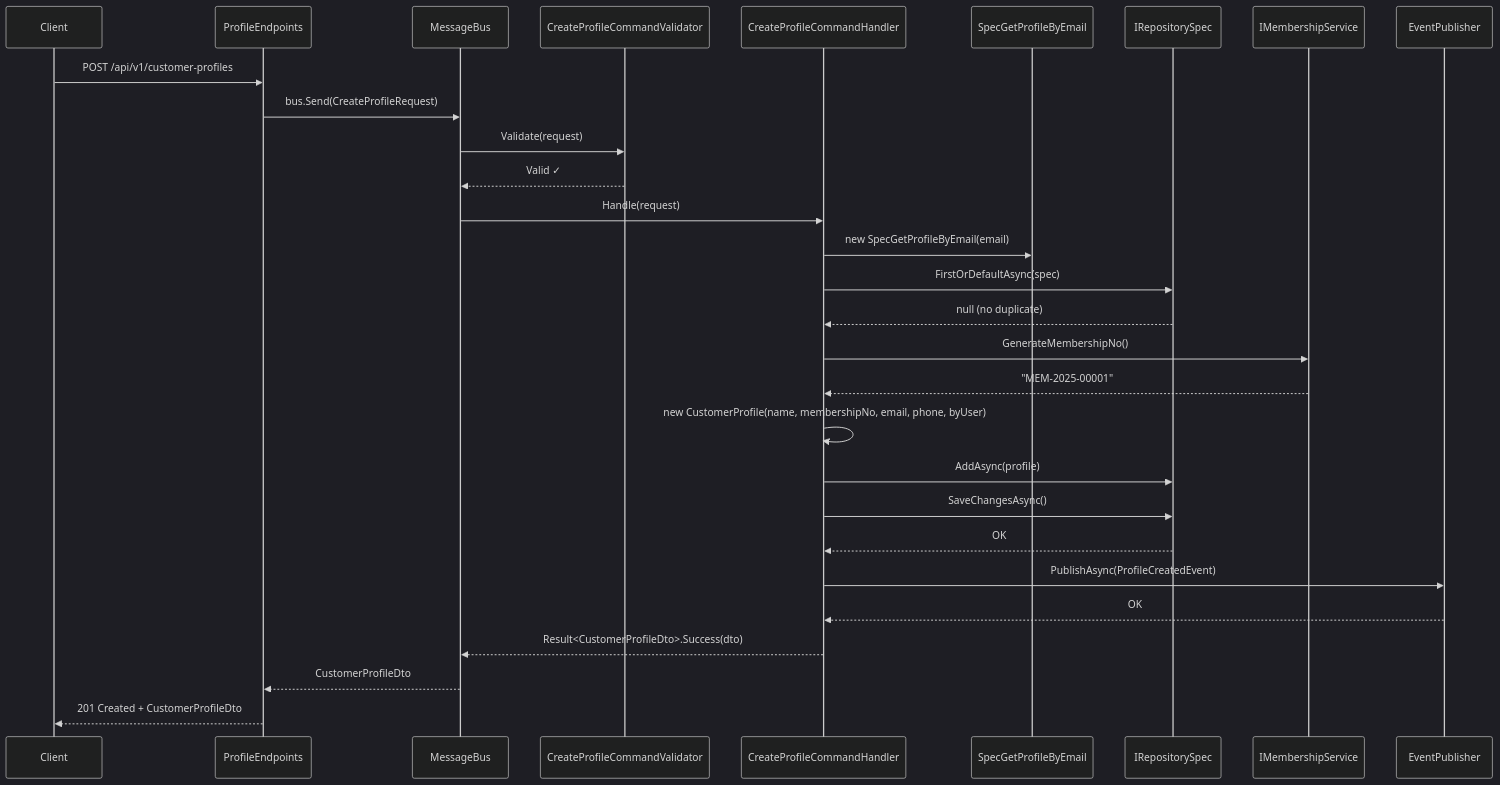
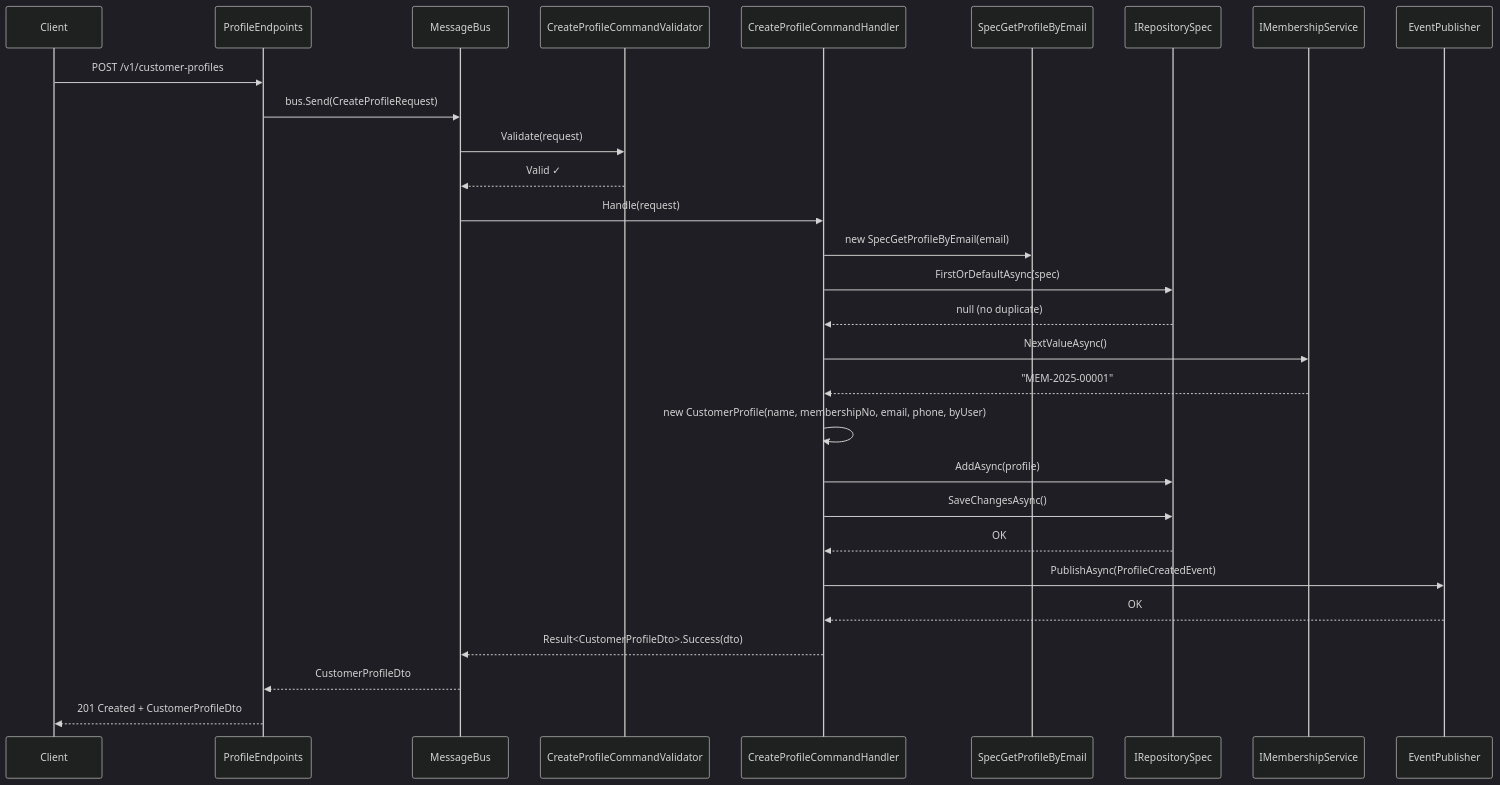
Before and after one commit to baoduy/DKNet.Templates: the second of 4 diagrams in docs/features/customer-profiles/architecture.md, drawn with Mermaid (dark theme). The commit also changed other lines of this file and 9 other files, not shown here.

````diff
--- a/docs/features/customer-profiles/architecture.md
+++ b/docs/features/customer-profiles/architecture.md
@@ -51,37 +51,37 @@
 ```mermaid
 sequenceDiagram
     participant C as Client
     participant EP as ProfileEndpoints
     participant BUS as MessageBus
     participant VAL as CreateProfileCommandValidator
     participant HDL as CreateProfileCommandHandler
     participant SPEC as SpecGetProfileByEmail
     participant REPO as IRepositorySpec
     participant MEM as IMembershipService
     participant EVT as EventPublisher
 
-    C->>EP: POST /api/v1/customer-profiles
+    C->>EP: POST /v1/customer-profiles
     EP->>BUS: bus.Send(CreateProfileRequest)
     BUS->>VAL: Validate(request)
     VAL-->>BUS: Valid ✓
 
     BUS->>HDL: Handle(request)
     HDL->>SPEC: new SpecGetProfileByEmail(email)
     HDL->>REPO: FirstOrDefaultAsync(spec)
     REPO-->>HDL: null (no duplicate)
 
-    HDL->>MEM: GenerateMembershipNo()
+    HDL->>MEM: NextValueAsync()
     MEM-->>HDL: "MEM-2025-00001"
 
     HDL->>HDL: new CustomerProfile(name, membershipNo, email, phone, byUser)
     HDL->>REPO: AddAsync(profile)
     HDL->>REPO: SaveChangesAsync()
     REPO-->>HDL: OK
 
     HDL->>EVT: PublishAsync(ProfileCreatedEvent)
     EVT-->>HDL: OK
 
     HDL-->>BUS: Result<CustomerProfileDto>.Success(dto)
     BUS-->>EP: CustomerProfileDto
     EP-->>C: 201 Created + CustomerProfileDto
 ```
````
